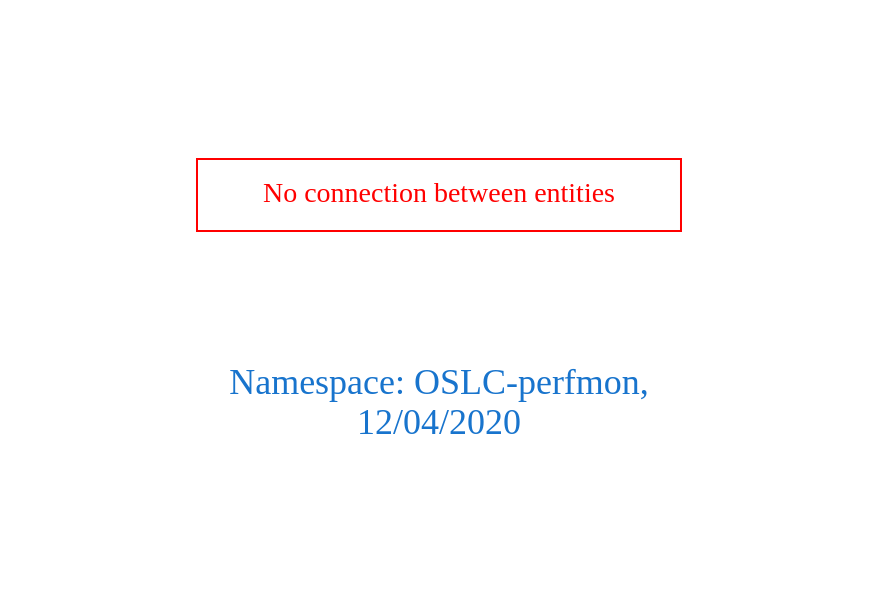
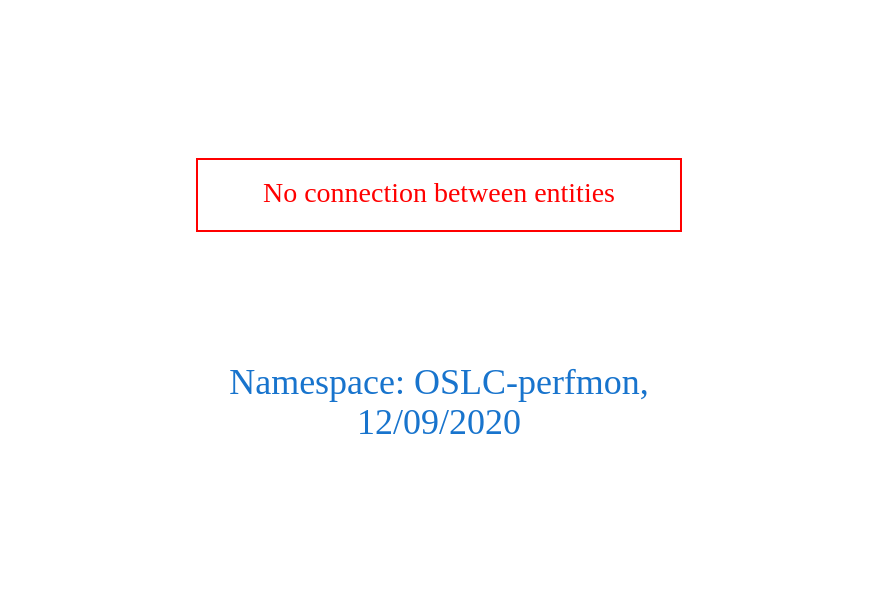
One commit to arago/OGIT changed the diagram in downloads/OSLC-perfmon.dot. Above: the diagram before and after it, drawn with Graphviz. The commit also changed 1822 other files, not shown here.

```diff
--- a/downloads/OSLC-perfmon.dot
+++ b/downloads/OSLC-perfmon.dot
@@ -1,9 +1,9 @@
 digraph OGIT_ontology {
  graph [ rankdir= LR,pad=1 
 fontsize = 18,
-fontcolor= dodgerblue3,label = "\n\n\nNamespace: OSLC-perfmon, \n 12/04/2020"];
+fontcolor= dodgerblue3,label = "\n\n\nNamespace: OSLC-perfmon, \n 12/09/2020"];
 node[shape=polygon];
 edge [  color="gray81"];
 
 "No connection between entities" [fontcolor = "red",color="red", shape="polygon"]
 }
```
